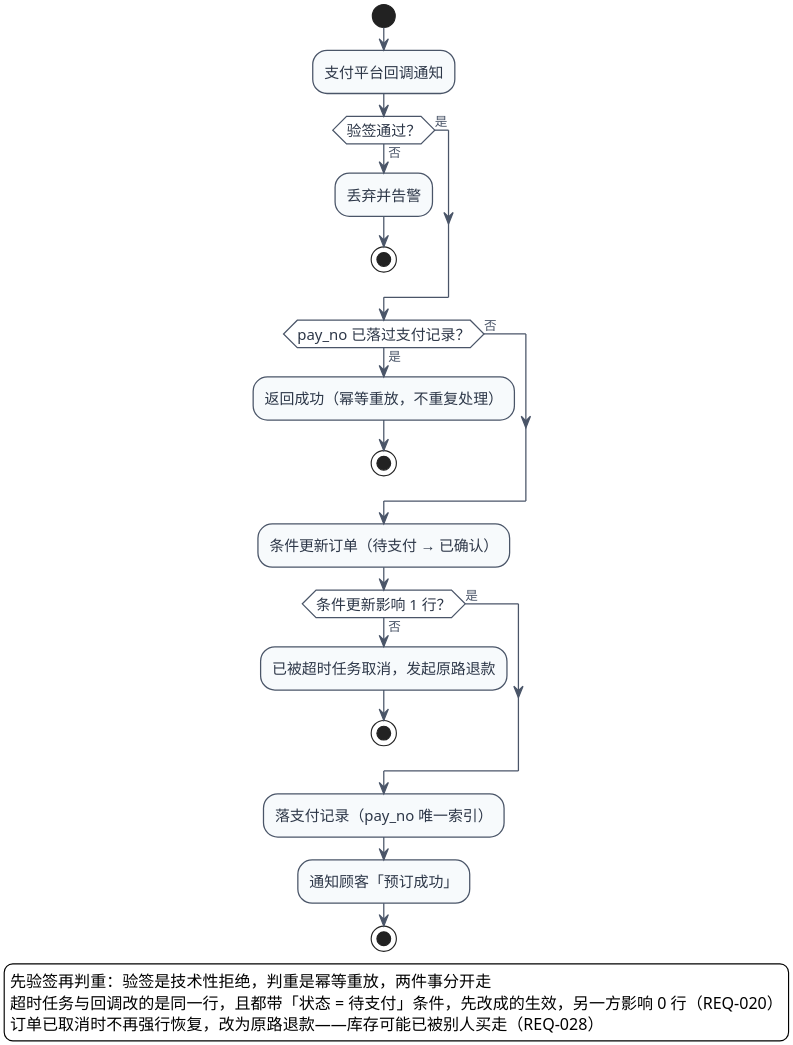
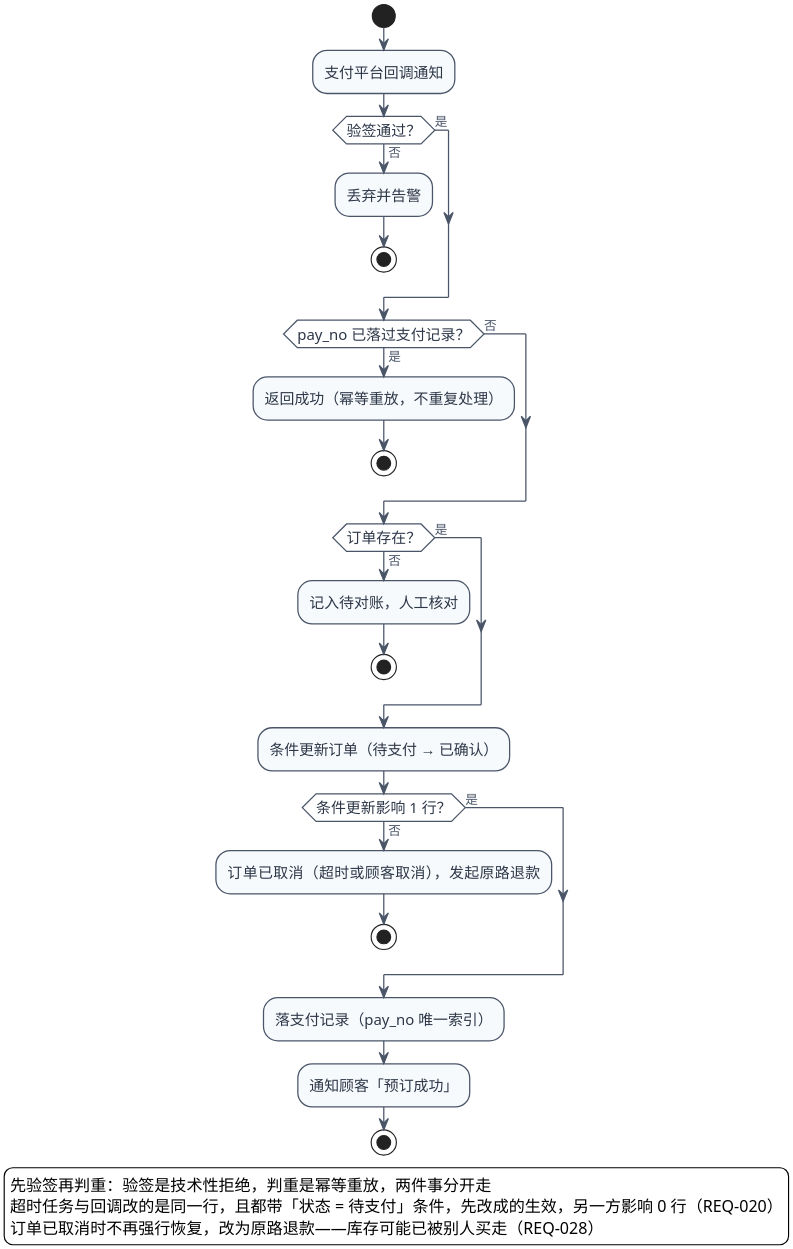
One commit to ruzhai/software-engineering-labs changed the diagram in UML/UML活动图_支付回调与订单生效.puml. Above: the diagram before and after it, drawn with PlantUML. The commit also changed 12 other files, not shown here.

First line of the commit message:
按第三轮评审修正用例图同步、状态机与对账缺口

```diff
--- a/UML/UML活动图_支付回调与订单生效.puml
+++ b/UML/UML活动图_支付回调与订单生效.puml
@@ -1,52 +1,58 @@
 @startuml UML活动图_支付回调与订单生效
 skinparam defaultFontName "Microsoft YaHei"
 skinparam shadowing false
 skinparam backgroundColor #FFFFFF
 skinparam dpi 250
 skinparam ArrowColor #4A5568
 skinparam ArrowFontColor #4A5568
 skinparam ArrowFontSize 11
 skinparam activity {
   BackgroundColor #F7FAFC
   BorderColor #4A5568
   FontColor #2D3748
   FontSize 13
   BorderThickness 1.1
   DiamondBackgroundColor #FFFFFF
   DiamondBorderColor #4A5568
   DiamondFontColor #2D3748
 }
 
 start
 :支付平台回调通知;
 
 if (验签通过？) then (否)
   :丢弃并告警;
   stop
 else (是)
 endif
 
 if (pay_no 已落过支付记录？) then (是)
   :返回成功（幂等重放，不重复处理）;
   stop
 else (否)
 endif
 
+if (订单存在？) then (否)
+  :记入待对账，人工核对;
+  stop
+else (是)
+endif
+
 :条件更新订单（待支付 → 已确认）;
 
 if (条件更新影响 1 行？) then (否)
-  :已被超时任务取消，发起原路退款;
+  :订单已取消（超时或顾客取消），发起原路退款;
   stop
 else (是)
 endif
 
 :落支付记录（pay_no 唯一索引）;
 :通知顾客「预订成功」;
 stop
 
 legend bottom left
   先验签再判重：验签是技术性拒绝，判重是幂等重放，两件事分开走
   超时任务与回调改的是同一行，且都带「状态 = 待支付」条件，先改成的生效，另一方影响 0 行（REQ-020）
   订单已取消时不再强行恢复，改为原路退款——库存可能已被别人买走（REQ-028）
 end legend
 @enduml
```
